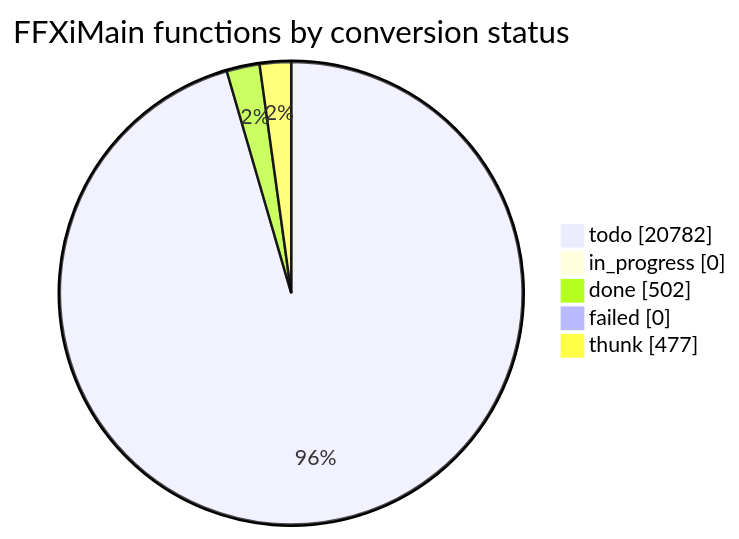
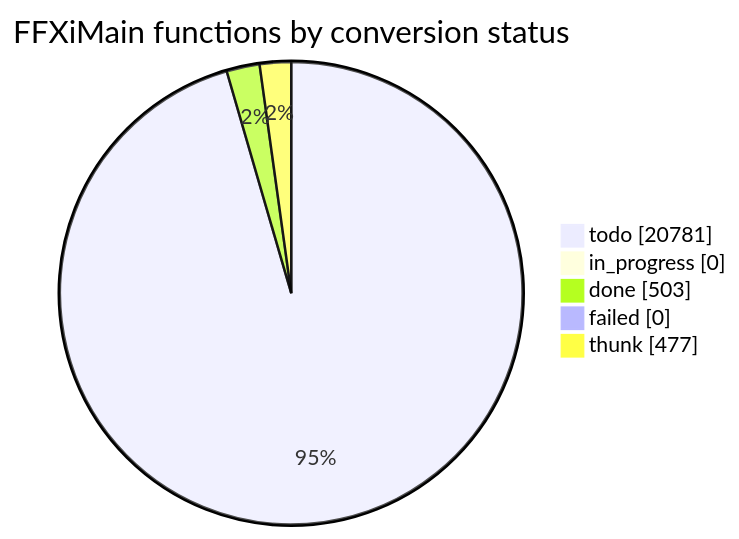
Before and after one commit to cowrevenge/cow_kuluu_xi_anything: the diagram in docs/cow/STATUS.md, drawn with Mermaid. The commit also changed other lines of this file and 9 other files, not shown here.

````diff
--- a/docs/cow/STATUS.md
+++ b/docs/cow/STATUS.md
@@ -18,9 +18,9 @@
 ```mermaid
 pie showData
     title FFXiMain functions by conversion status
-    "todo" : 20782
+    "todo" : 20781
     "in_progress" : 0
-    "done" : 502
+    "done" : 503
     "failed" : 0
     "thunk" : 477
 ```
````
